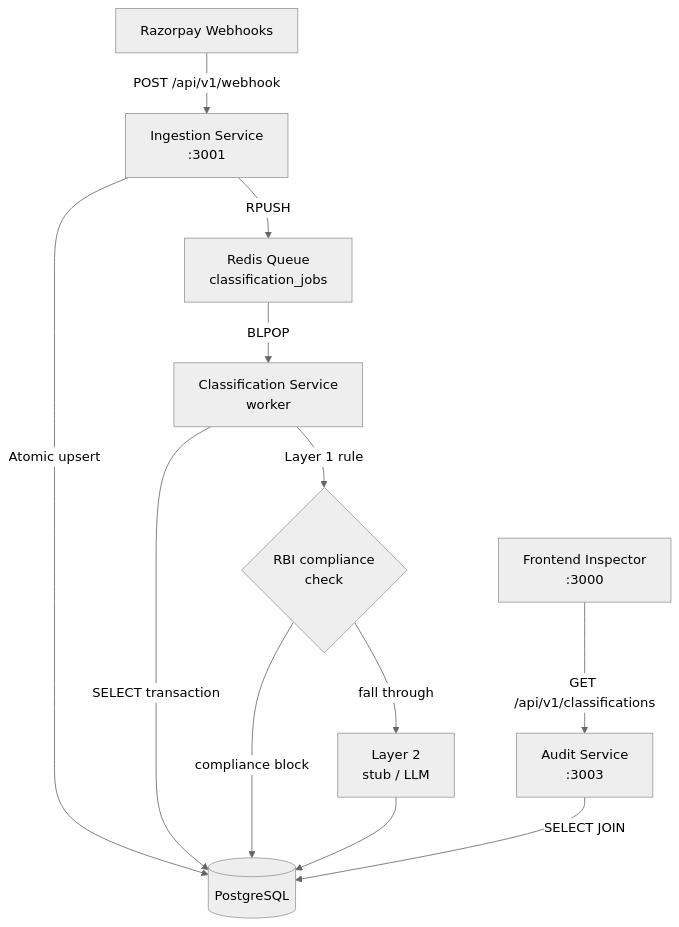
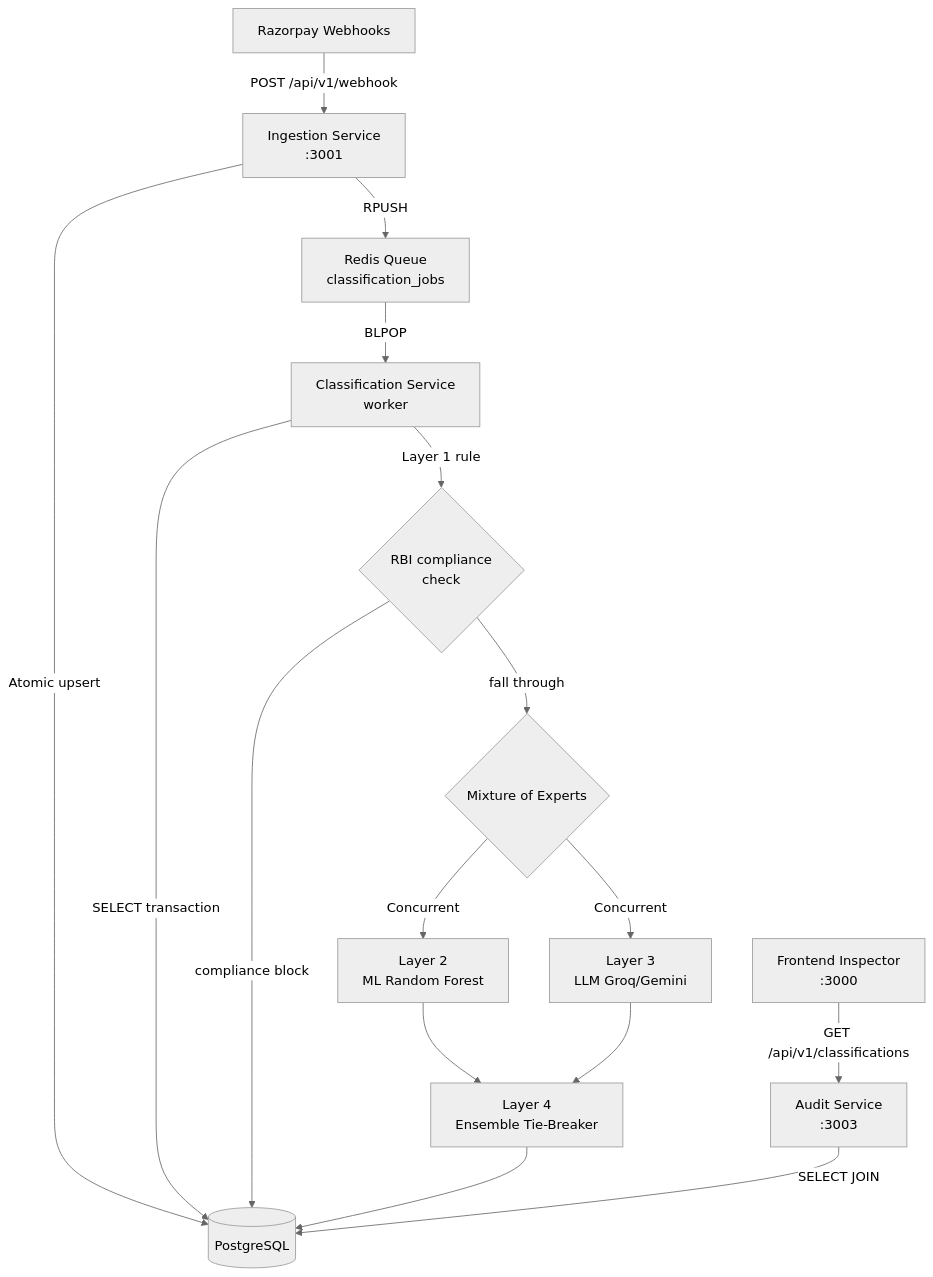
One commit to Dustu103/Razorpay changed the first of 2 diagrams in docs/architecture/hld.md. Above: the diagram before and after it, drawn with Mermaid (neutral theme). The commit also changed other lines of this file and 5 other files, not shown here.

Commit message:
docs: Comprehensive overhaul of ML pipeline, architecture, and testing documentation

````diff
--- a/docs/architecture/hld.md
+++ b/docs/architecture/hld.md
@@ -23,14 +24,18 @@
 ```mermaid
 graph TD
     RZ[Razorpay Webhooks] -->|POST /api/v1/webhook| IS[Ingestion Service<br/>:3001]
     IS -->|Atomic upsert| PG[(PostgreSQL)]
     IS -->|RPUSH| RQ[Redis Queue<br/>classification_jobs]
     RQ -->|BLPOP| CS[Classification Service<br/>worker]
     CS -->|SELECT transaction| PG
     CS -->|Layer 1 rule| L1{RBI compliance<br/>check}
     L1 -->|compliance block| PG
-    L1 -->|fall through| L2[Layer 2<br/>stub / LLM]
-    L2 --> PG
+    L1 -->|fall through| MOE{Mixture of Experts}
+    MOE -->|Concurrent| L2[Layer 2<br/>ML Random Forest]
+    MOE -->|Concurrent| L3[Layer 3<br/>LLM Groq/Gemini]
+    L2 --> L4[Layer 4<br/>Ensemble Tie-Breaker]
+    L3 --> L4
+    L4 --> PG
     FE[Frontend Inspector<br/>:3000] -->|GET /api/v1/classifications| AS[Audit Service<br/>:3003]
     AS -->|SELECT JOIN| PG
 ```
````
